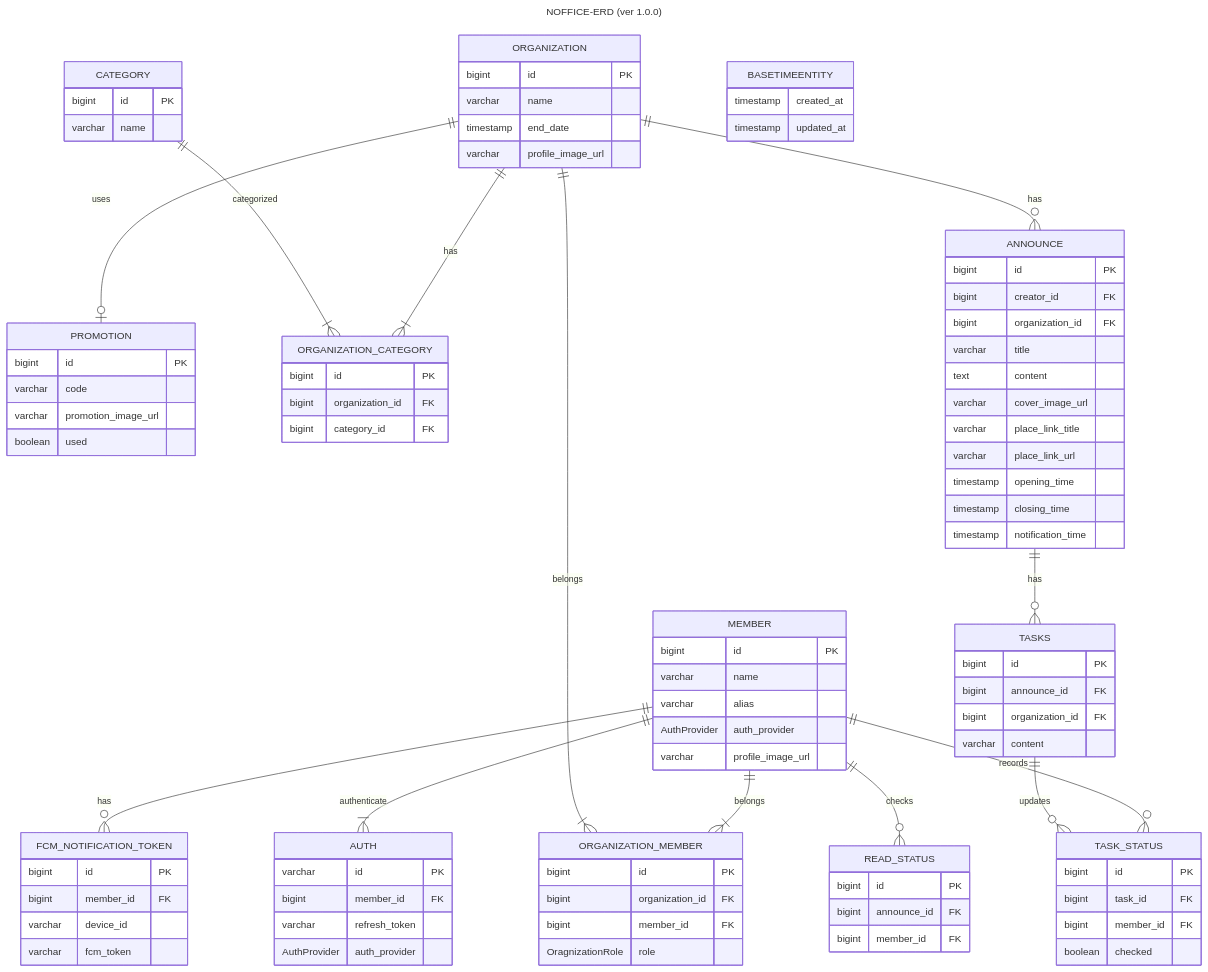
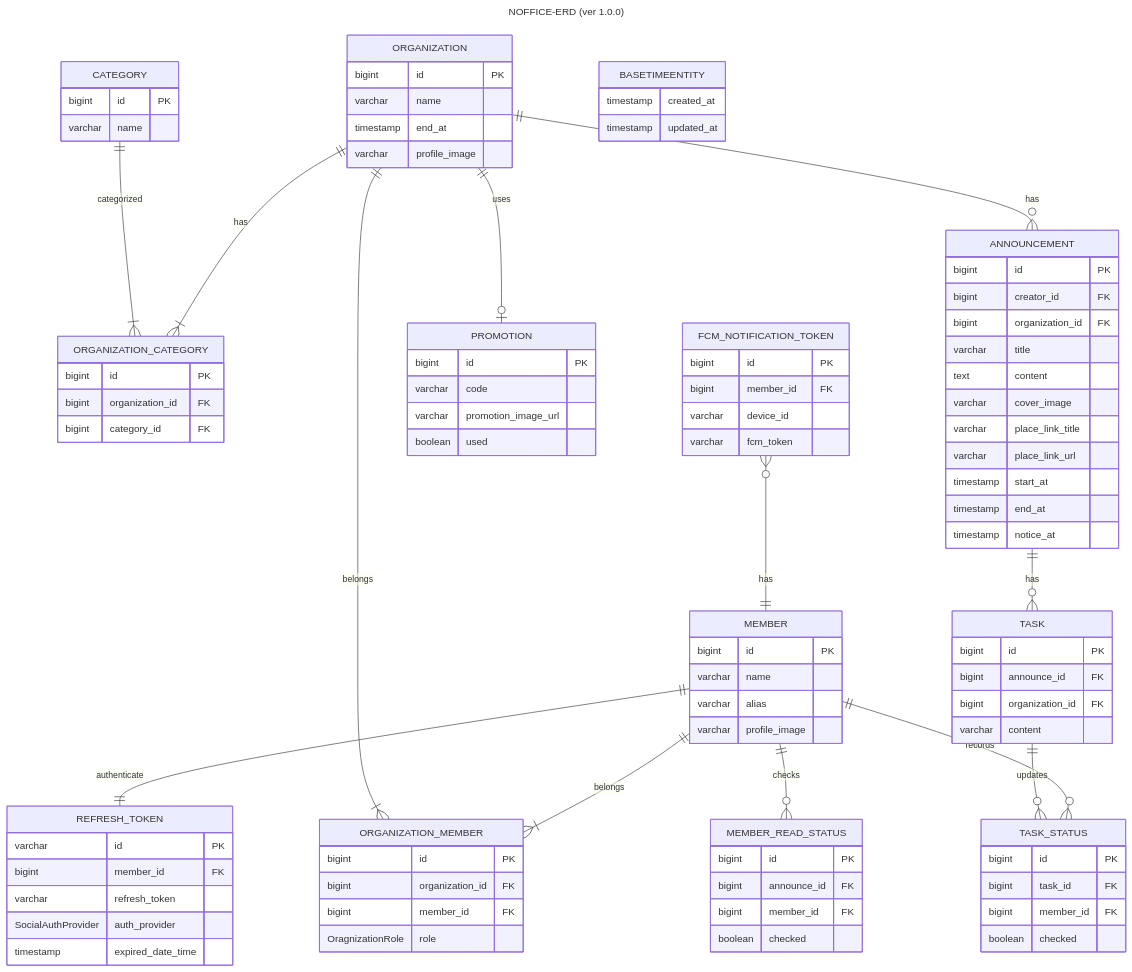
One commit to Team-Notitime/NOFFICE-SERVER changed the diagram in docs/NOFFICE-erd.md. Above: the diagram before and after it, drawn with Mermaid.

Commit message:
:memo: docs: 기본 도메인 연관관계 수정

```diff
--- a/docs/NOFFICE-erd.md
+++ b/docs/NOFFICE-erd.md
@@ -9,59 +9,17 @@
         bigint id PK
         varchar name
         varchar alias
-        AuthProvider auth_provider
-        varchar profile_image_url
+        varchar profile_image
     }
 
     ORGANIZATION {
         bigint id PK
         varchar name
-        timestamp end_date
-        varchar profile_image_url
+        timestamp end_at
+        varchar profile_image
     }
-
-    MEMBER ||--|{ ORGANIZATION_MEMBER : belongs
-    ORGANIZATION ||--|{ ORGANIZATION_MEMBER : belongs
-    ORGANIZATION_MEMBER {
-        bigint id PK
-        bigint organization_id FK
-        bigint member_id FK
-        OragnizationRole role
-    }
-
-    MEMBER ||--o{ FCM_NOTIFICATION_TOKEN : has
-    FCM_NOTIFICATION_TOKEN {
-        bigint id PK
-        bigint member_id FK
-        varchar device_id
-        varchar fcm_token
-    }
-
-    MEMBER ||--|{ AUTH : authenticate
-    AUTH {
-        varchar id PK
-        bigint member_id FK
-        varchar refresh_token
-        AuthProvider auth_provider
-    }
-
-    MEMBER ||--o{ READ_STATUS : checks
-    READ_STATUS {
-        bigint id PK
-        bigint announce_id FK
-        bigint member_id FK
-    }
-
-    ORGANIZATION ||--o| PROMOTION : "uses"
-    PROMOTION {
-        bigint id PK
-        varchar code
-        varchar promotion_image_url
-        boolean used
-    }
-
-    ORGANIZATION ||--|{ ORGANIZATION_CATEGORY : has
-    CATEGORY ||--|{ ORGANIZATION_CATEGORY : categorized
+    ORGANIZATION ||--|{ ORGANIZATION_CATEGORY: has
+    CATEGORY ||--|{ ORGANIZATION_CATEGORY: categorized
     ORGANIZATION_CATEGORY {
         bigint id PK
         bigint organization_id FK
@@ -73,23 +31,65 @@
         varchar name
     }
 
-    ORGANIZATION ||--o{ ANNOUNCE : "has"
-    ANNOUNCE {
+    MEMBER ||--|{ ORGANIZATION_MEMBER: belongs
+    ORGANIZATION ||--|{ ORGANIZATION_MEMBER: belongs
+    ORGANIZATION_MEMBER {
+        bigint id PK
+        bigint organization_id FK
+        bigint member_id FK
+        OragnizationRole role
+    }
+
+    FCM_NOTIFICATION_TOKEN }o--|| MEMBER: "has"
+    FCM_NOTIFICATION_TOKEN {
+        bigint id PK
+        bigint member_id FK
+        varchar device_id
+        varchar fcm_token
+    }
+
+    MEMBER ||--|| REFRESH_TOKEN: authenticate
+    REFRESH_TOKEN {
+        varchar id PK
+        bigint member_id FK
+        varchar refresh_token
+        SocialAuthProvider auth_provider
+        timestamp expired_date_time
+    }
+
+    MEMBER ||--o{ MEMBER_READ_STATUS: checks
+    MEMBER_READ_STATUS {
+        bigint id PK
+        bigint announce_id FK
+        bigint member_id FK
+        boolean checked
+    }
+
+    ORGANIZATION ||--o| PROMOTION: "uses"
+    PROMOTION {
+        bigint id PK
+        varchar code
+        varchar promotion_image_url
+        boolean used
+    }
+
+    ORGANIZATION ||--o{ ANNOUNCEMENT: "has"
+    ANNOUNCEMENT {
         bigint id PK
         bigint creator_id FK
         bigint organization_id FK
         varchar title
         text content
-        varchar cover_image_url
+        varchar cover_image
         varchar place_link_title
         varchar place_link_url
-        timestamp opening_time
-        timestamp closing_time
-        timestamp notification_time
+        timestamp start_at
+        timestamp end_at
+        timestamp notice_at
     }
 
-    MEMBER ||--o{ TASK_STATUS : records
-    TASKS ||--o{ TASK_STATUS : updates
+    MEMBER ||--o{ TASK_STATUS: records
+    TASK ||--o{ TASK_STATUS: updates
     TASK_STATUS {
         bigint id PK
         bigint task_id FK
@@ -97,8 +97,8 @@
         boolean checked
     }
 
-    ANNOUNCE ||--o{ TASKS : has
-    TASKS {
+    ANNOUNCEMENT ||--o{ TASK: has
+    TASK {
         bigint id PK
         bigint announce_id FK
         bigint organization_id FK
```
